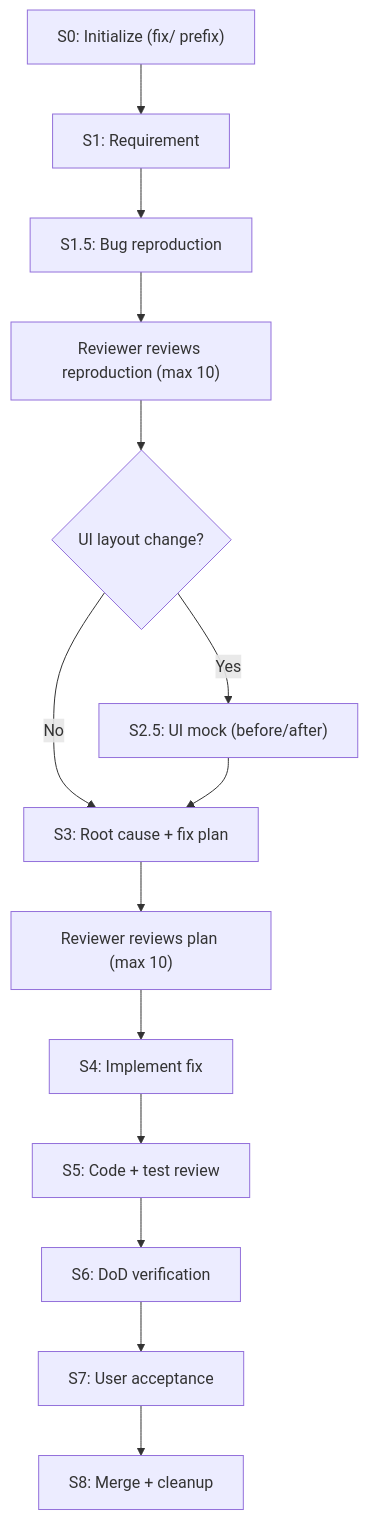
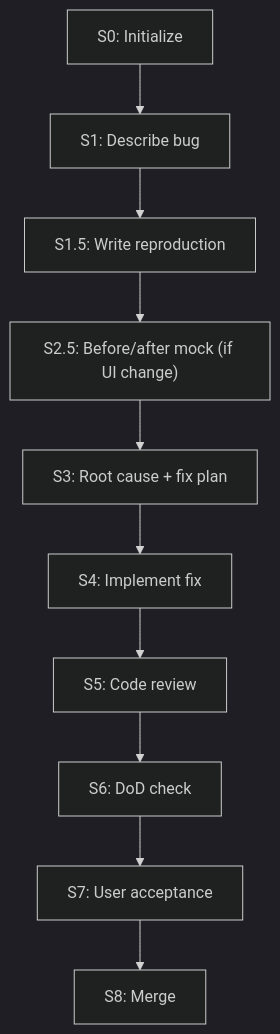
Before and after one commit to Nayeem170/KoThok: the third of 5 diagrams in docs/AGENTIC_PIPELINE_CLAUDE.md, drawn with Mermaid. The commit also changed other lines of this file and 1 other file, not shown here.

First line of the commit message:
docs: rewrite pipeline diagrams for dark mode readability

````diff
--- a/docs/AGENTIC_PIPELINE_CLAUDE.md
+++ b/docs/AGENTIC_PIPELINE_CLAUDE.md
@@ -166,16 +233,13 @@
 ```mermaid
+%%{init: {'theme': 'dark'}}%%
 flowchart TD
-    S0B["S0: Initialize (fix/ prefix)"] --> S1B["S1: Requirement"]
-    S1B --> S15["S1.5: Bug reproduction"]
-    S15 --> S15r["Reviewer reviews reproduction (max 10)"]
-    S15r --> UI2{"UI layout change?"}
-    UI2 -- Yes --> S25B["S2.5: UI mock (before/after)"]
-    UI2 -- No --> S3B
-    S25B --> S3B
-    S3B["S3: Root cause + fix plan"] --> S3Br["Reviewer reviews plan (max 10)"]
-    S3Br --> S4B["S4: Implement fix"]
-    S4B --> S5B["S5: Code + test review"]
-    S5B --> S6B["S6: DoD verification"]
+    S0B["S0: Initialize"] --> S1B["S1: Describe bug"]
+    S1B --> S15["S1.5: Write reproduction"]
+    S15 --> S25B["S2.5: Before/after mock (if UI change)"]
+    S25B --> S3B["S3: Root cause + fix plan"]
+    S3B --> S4B["S4: Implement fix"]
+    S4B --> S5B["S5: Code review"]
+    S5B --> S6B["S6: DoD check"]
     S6B --> S7B["S7: User acceptance"]
-    S7B --> S8B["S8: Merge + cleanup"]
+    S7B --> S8B["S8: Merge"]
 ```
````
